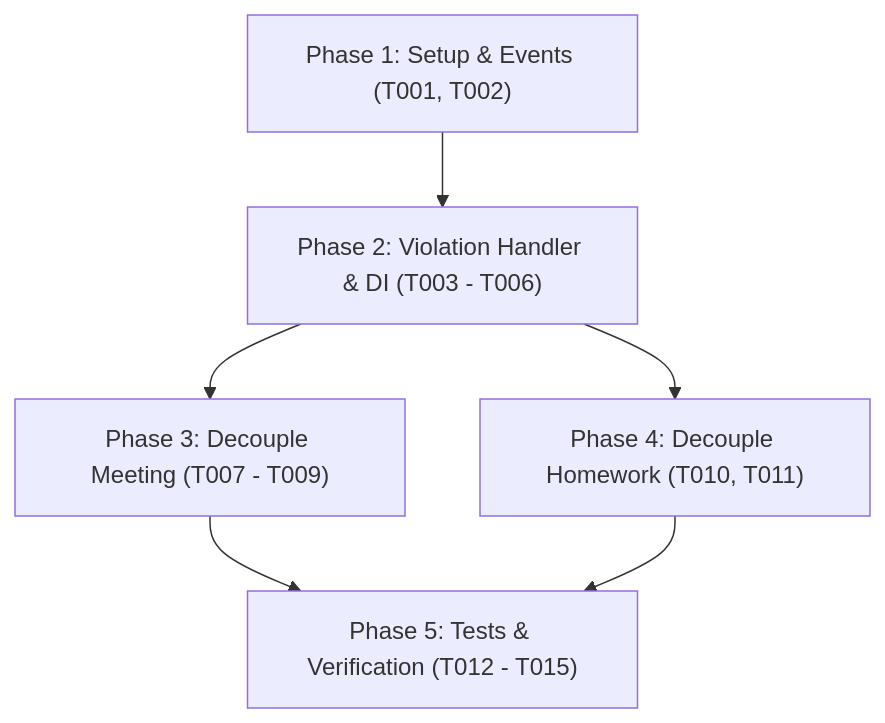
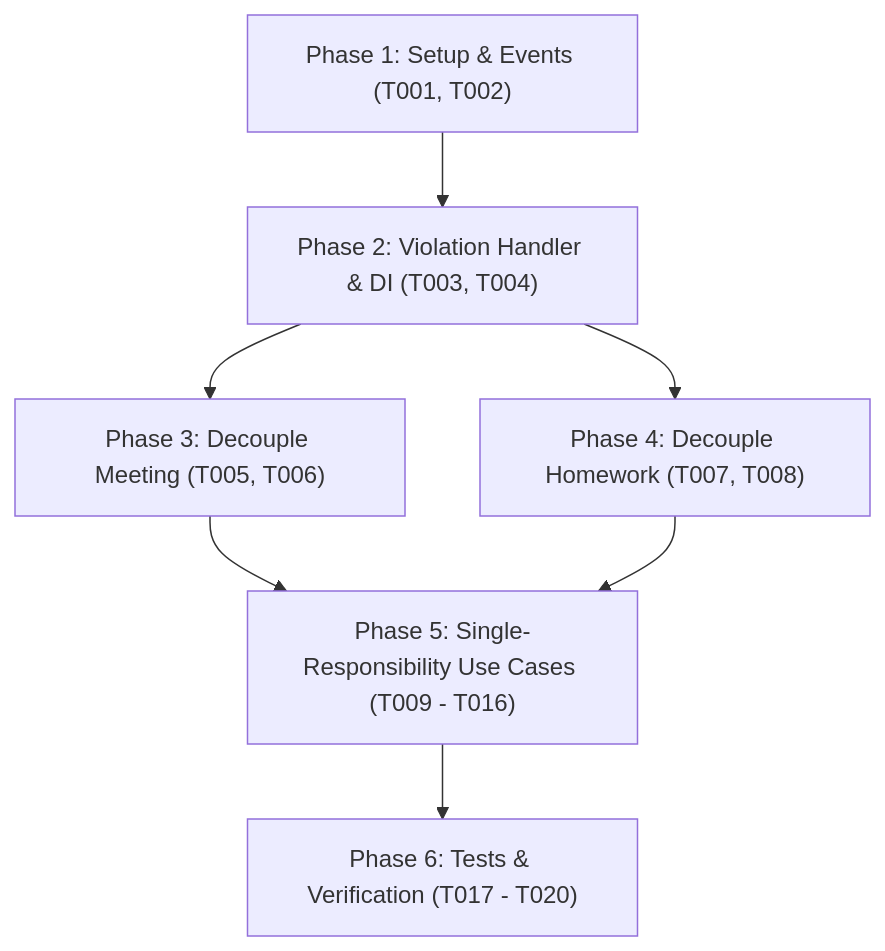
One commit to DUT-AI/dut-ai-manager changed the diagram in specs/002-violation-event-driven-refactor/tasks.md. Above: the diagram before and after it, drawn with Mermaid. The commit also changed other lines of this file and 56 other files, not shown here.

````diff
--- a/specs/002-violation-event-driven-refactor/tasks.md
+++ b/specs/002-violation-event-driven-refactor/tasks.md
@@ -59,8 +93,9 @@
 ```mermaid
 graph TD
-    Phase1["Phase 1: Setup & Events (T001, T002)"] --> Phase2["Phase 2: Violation Handler & DI (T003 - T006)"]
-    Phase2 --> Phase3["Phase 3: Decouple Meeting (T007 - T009)"]
-    Phase2 --> Phase4["Phase 4: Decouple Homework (T010, T011)"]
-    Phase3 --> Phase5["Phase 5: Tests & Verification (T012 - T015)"]
+    Phase1["Phase 1: Setup & Events (T001, T002)"] --> Phase2["Phase 2: Violation Handler & DI (T003, T004)"]
+    Phase2 --> Phase3["Phase 3: Decouple Meeting (T005, T006)"]
+    Phase2 --> Phase4["Phase 4: Decouple Homework (T007, T008)"]
+    Phase3 --> Phase5["Phase 5: Single-Responsibility Use Cases (T009 - T016)"]
     Phase4 --> Phase5
+    Phase5 --> Phase6["Phase 6: Tests & Verification (T017 - T020)"]
 ```
````
